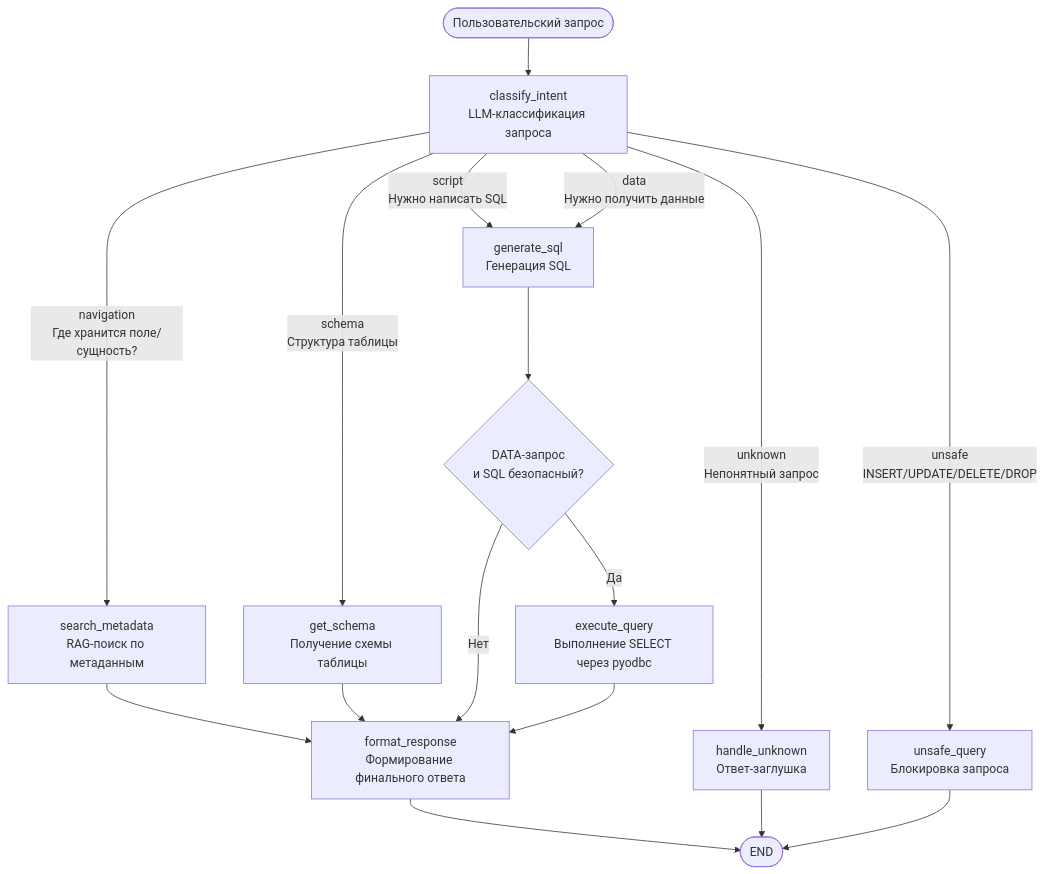
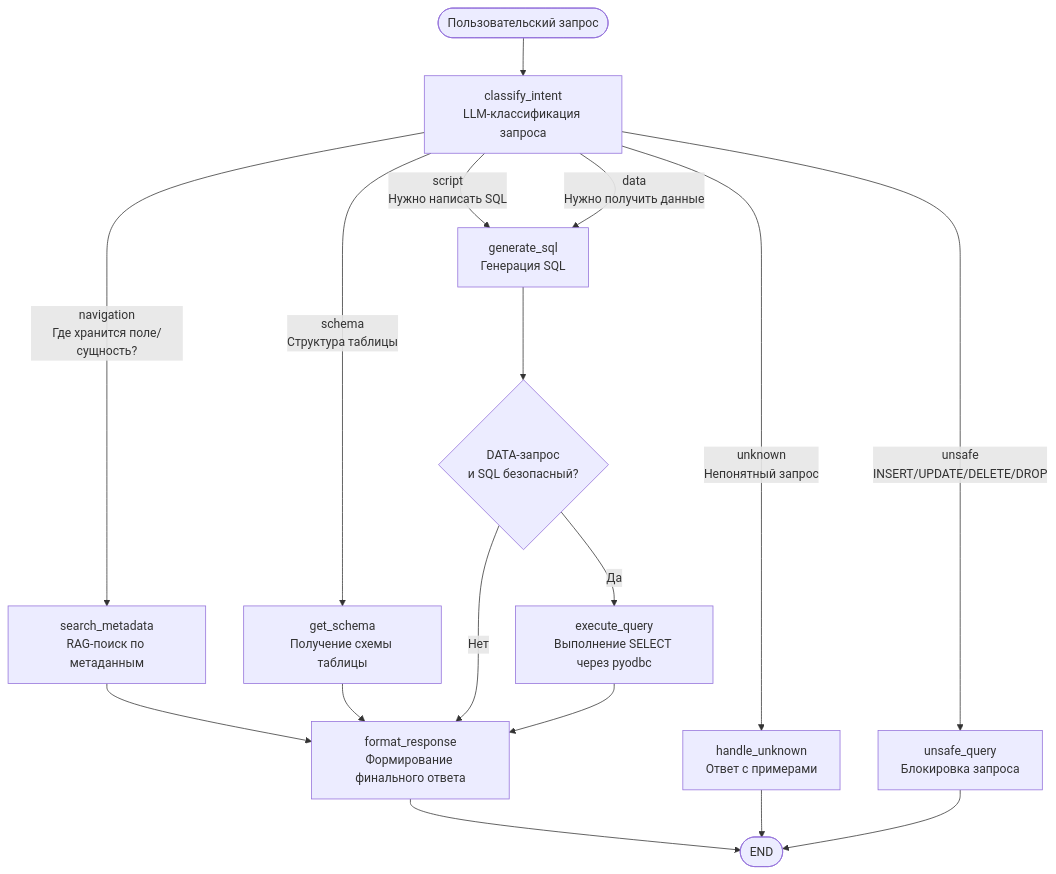
Before and after one commit to LeaReys/DB-Navigator-Agent: the diagram in README.md, drawn with Mermaid. The commit also changed other lines of this file, not shown here.

Commit message:
Update README.md for clarity and structure; enhance agent concept and architecture sections

````diff
--- a/README.md
+++ b/README.md
@@ -56,26 +68,25 @@
 ```mermaid
 flowchart TD
     START([Пользовательский запрос]) --> A[classify_intent<br/>LLM-классификация запроса]
-
+ 
     A -->|navigation<br/>Где хранится поле/сущность?| B[search_metadata<br/>RAG-поиск по метаданным]
     A -->|schema<br/>Структура таблицы| C[get_schema<br/>Получение схемы таблицы]
     A -->|script<br/>Нужно написать SQL| D[generate_sql<br/>Генерация SQL]
     A -->|data<br/>Нужно получить данные| D
-    A -->|unknown<br/>Непонятный запрос| H[handle_unknown<br/>Ответ-заглушка]
+    A -->|unknown<br/>Непонятный запрос| H[handle_unknown<br/>Ответ с примерами]
     A -->|unsafe<br/>INSERT/UPDATE/DELETE/DROP| U[unsafe_query<br/>Блокировка запроса]
-
+ 
     B --> F[format_response<br/>Формирование финального ответа]
     C --> F
-
+ 
     D --> R{DATA-запрос<br/>и SQL безопасный?}
-
+ 
     R -->|Да| E[execute_query<br/>Выполнение SELECT через pyodbc]
     R -->|Нет| F
-
+ 
     E --> F
-
+ 
     F --> END([END])
     H --> END
     U --> END
-
 ```
````
